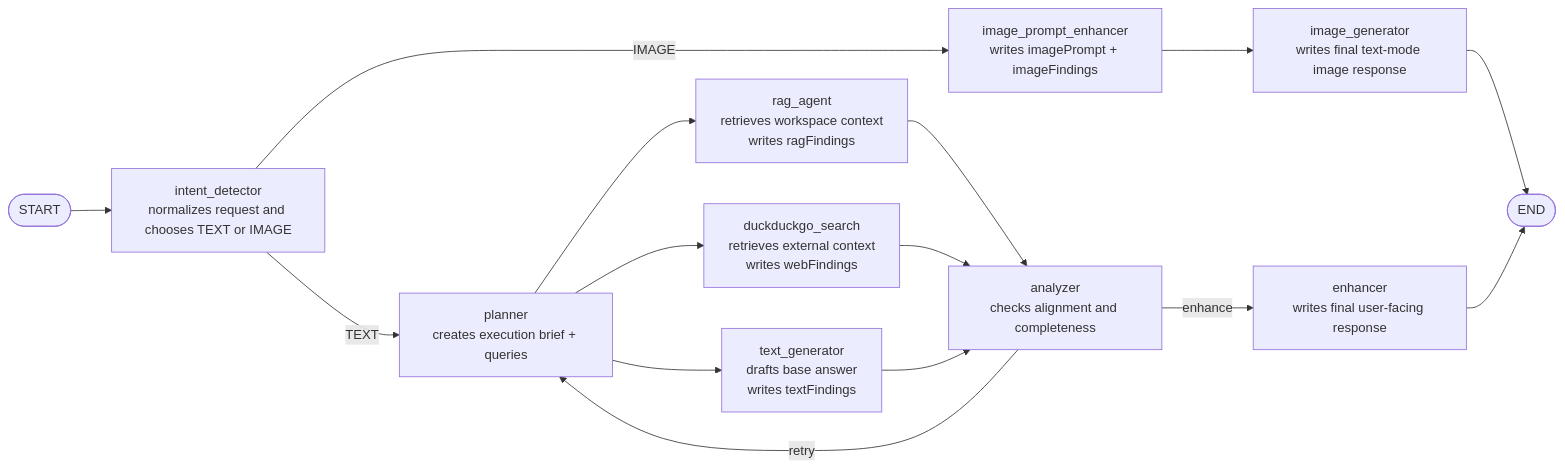
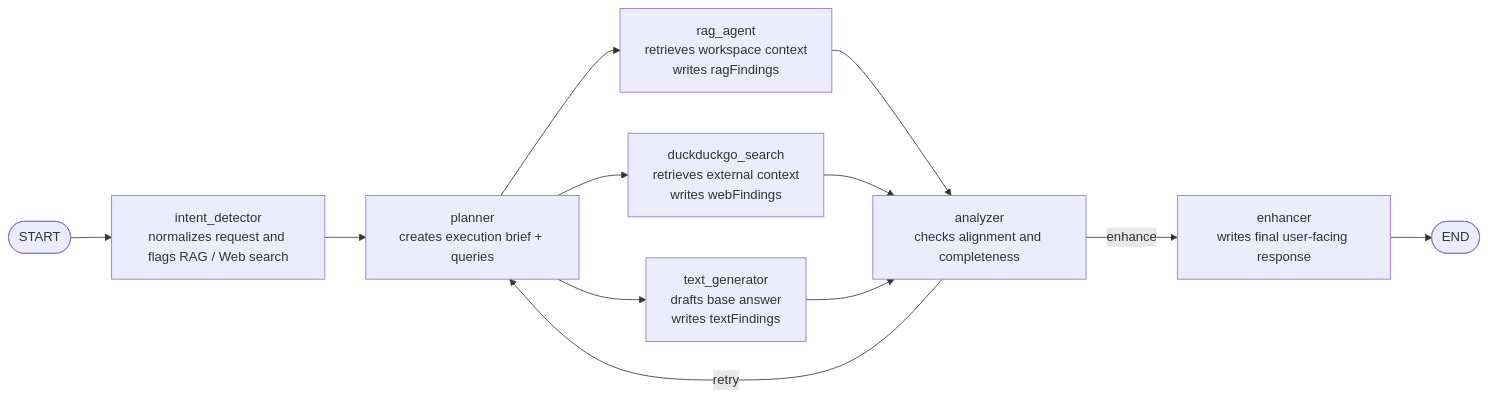
One commit to HaraldBregu/OpenWriter changed the diagram in src/main/ai/assistant/AGENTS.md. Above: the diagram before and after it, drawn with Mermaid. The commit also changed other lines of this file and 21 other files, not shown here.

````diff
--- a/src/main/ai/assistant/AGENTS.md
+++ b/src/main/ai/assistant/AGENTS.md
@@ -21,21 +19,16 @@
 ```mermaid
 flowchart LR
-	Start([START]) --> Intent["intent_detector<br/>normalizes request and chooses TEXT or IMAGE"]
-
-	Intent -->|IMAGE| ImagePrompt["image_prompt_enhancer<br/>writes imagePrompt + imageFindings"]
-	ImagePrompt --> ImageGenerator["image_generator<br/>writes final text-mode image response"]
-	ImageGenerator --> End([END])
-
-	Intent -->|TEXT| Planner["planner<br/>creates execution brief + queries"]
+	Start([START]) --> Intent["intent_detector<br/>normalizes request and flags RAG / Web search"]
+	Intent --> Planner["planner<br/>creates execution brief + queries"]
 	Planner --> Rag["rag_agent<br/>retrieves workspace context<br/>writes ragFindings"]
 	Planner --> Web["duckduckgo_search<br/>retrieves external context<br/>writes webFindings"]
 	Planner --> Text["text_generator<br/>drafts base answer<br/>writes textFindings"]
 
 	Rag --> Analyzer["analyzer<br/>checks alignment and completeness"]
 	Web --> Analyzer
 	Text --> Analyzer
 
 	Analyzer -->|retry| Planner
 	Analyzer -->|enhance| Enhancer["enhancer<br/>writes final user-facing response"]
-	Enhancer --> End
+	Enhancer --> End([END])
 ```
````
